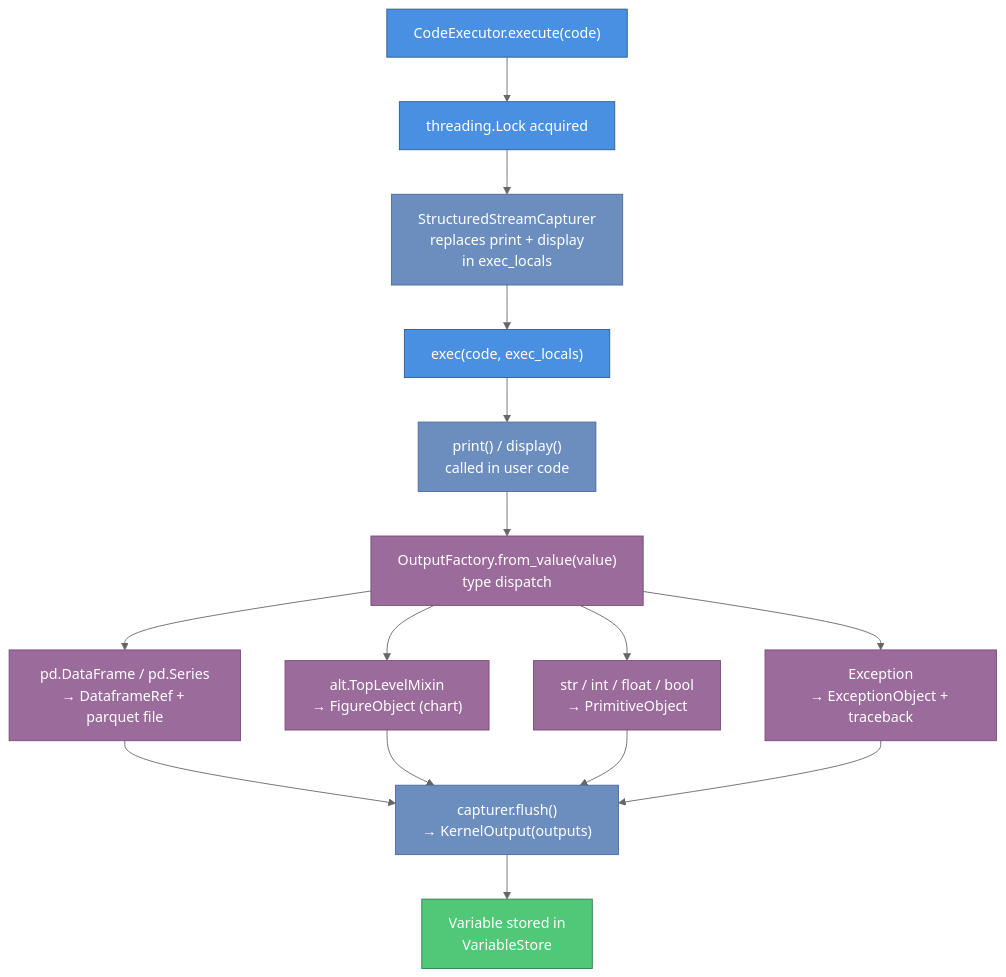
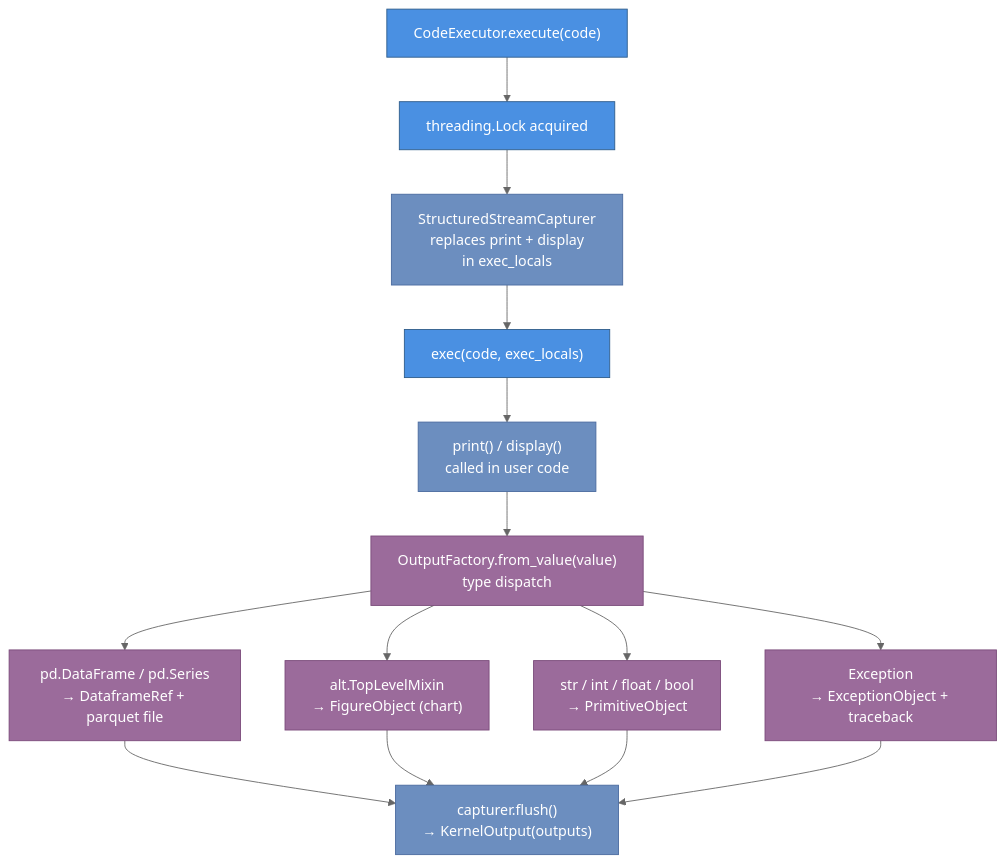
One commit to ockham-sh/parsimony-agents changed the third of 4 diagrams in docs/ARCHITECTURE.md. Above: the diagram before and after it, drawn with Mermaid (neutral theme). The commit also changed other lines of this file and 47 other files, not shown here.

First line of the commit message:
refactor(agent): file-backed notebooks, remove VariableStore, ordered returns

````diff
--- a/docs/ARCHITECTURE.md
+++ b/docs/ARCHITECTURE.md
@@ -616,31 +603,28 @@
 ```mermaid
 graph TD
     classDef executor fill:#4A90E2,stroke:#2E5C8A,color:#fff
     classDef capturer fill:#6C8EBF,stroke:#4A6A9F,color:#fff
     classDef factory fill:#9B6B9B,stroke:#7A4A7A,color:#fff
     classDef store fill:#50C878,stroke:#2E7D50,color:#fff
 
     A["CodeExecutor.execute(code)"]:::executor
     B["threading.Lock acquired"]:::executor
     C["StructuredStreamCapturer\nreplaces print + display\nin exec_locals"]:::capturer
     D["exec(code, exec_locals)"]:::executor
     E["print() / display()\ncalled in user code"]:::capturer
     F["OutputFactory.from_value(value)\ntype dispatch"]:::factory
     G["pd.DataFrame / pd.Series\n→ DataframeRef + parquet file"]:::factory
     H["alt.TopLevelMixin\n→ FigureObject (chart)"]:::factory
     I["str / int / float / bool\n→ PrimitiveObject"]:::factory
     J["Exception\n→ ExceptionObject + traceback"]:::factory
     K["capturer.flush()\n→ KernelOutput(outputs)"]:::capturer
-    L["Variable stored in\nVariableStore"]:::store
-
     A --> B --> C --> D --> E --> F
     F --> G
     F --> H
     F --> I
     F --> J
     G --> K
     H --> K
     I --> K
     J --> K
-    K --> L
 ```
````
